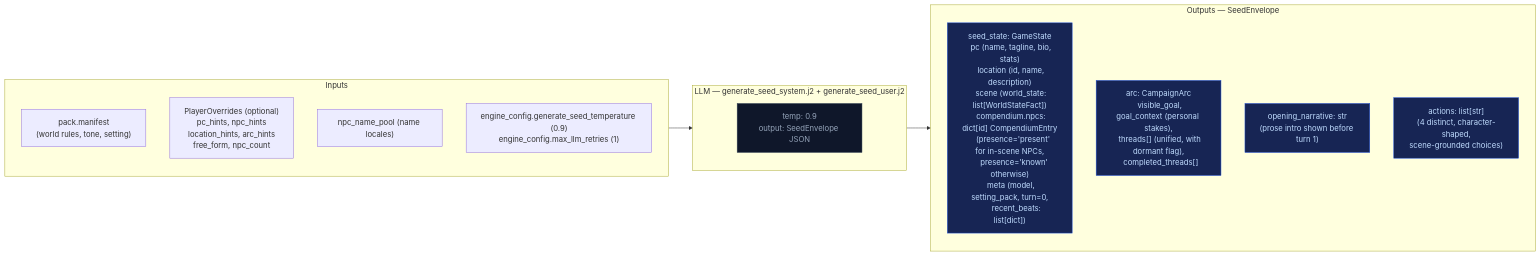
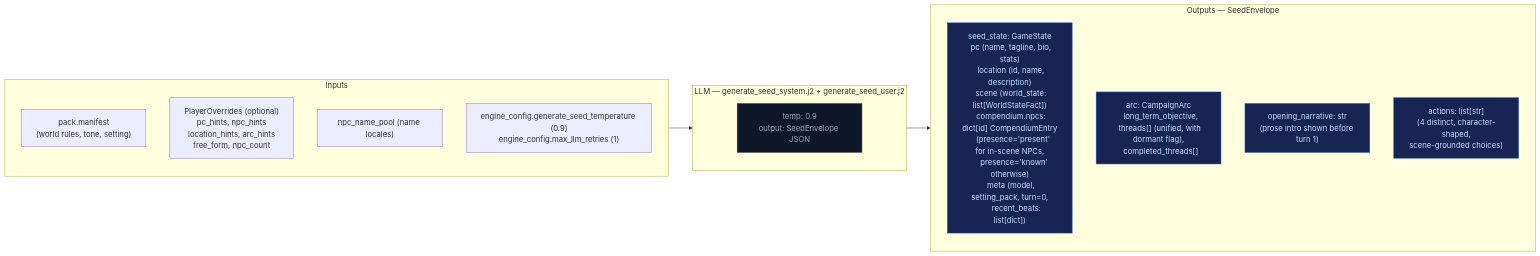
One commit to pww217/fablethread changed the second of 2 diagrams in docs/architecture/out-of-band.md. Above: the diagram before and after it, drawn with Mermaid. The commit also changed other lines of this file and 60 other files, not shown here.

````diff
--- a/docs/architecture/out-of-band.md
+++ b/docs/architecture/out-of-band.md
@@ -40,26 +40,26 @@
 ```mermaid
 flowchart LR
     classDef llmNode fill:#0f172a,color:#94a3b8,stroke:#334155
     classDef outNode fill:#172554,color:#bfdbfe,stroke:#1d4ed8
 
     subgraph IN["Inputs"]
         G1["pack.manifest<br>(world rules, tone, setting)"]
         G3["PlayerOverrides (optional)<br>  pc_hints, npc_hints<br>  location_hints, arc_hints<br>  free_form, npc_count"]
         G4["npc_name_pool (name locales)"]
         G5["engine_config.generate_seed_temperature (0.9)<br>engine_config.max_llm_retries (1)"]
     end
 
     subgraph LLM_GS["LLM — generate_seed_system.j2 + generate_seed_user.j2"]
         GL["temp: 0.9<br>output: SeedEnvelope JSON"]:::llmNode
     end
 
     subgraph OUT["Outputs — SeedEnvelope"]
         O1["seed_state: GameState<br>  pc (name, tagline, bio, stats)<br>  location (id, name, description)<br>  scene (world_state: list[WorldStateFact])<br>  compendium.npcs: dict[id] CompendiumEntry<br>    (presence='present' for in-scene NPCs,<br>     presence='known' otherwise)<br>  meta (model, setting_pack, turn=0,<br>       recent_beats: list[dict])"]:::outNode
-        O2["arc: CampaignArc<br>  visible_goal, goal_context (personal stakes),<br>  threads[] (unified, with dormant flag),<br>  completed_threads[]"]:::outNode
+        O2["arc: CampaignArc<br>  long_term_objective,<br>  threads[] (unified, with dormant flag),<br>  completed_threads[]"]:::outNode
         O3["opening_narrative: str<br>(prose intro shown before turn 1)"]:::outNode
         O4["actions: list[str]<br>(4 distinct, character-shaped,<br>scene-grounded choices)"]:::outNode
     end
 
     IN --> LLM_GS
     LLM_GS --> OUT
 ```
````
